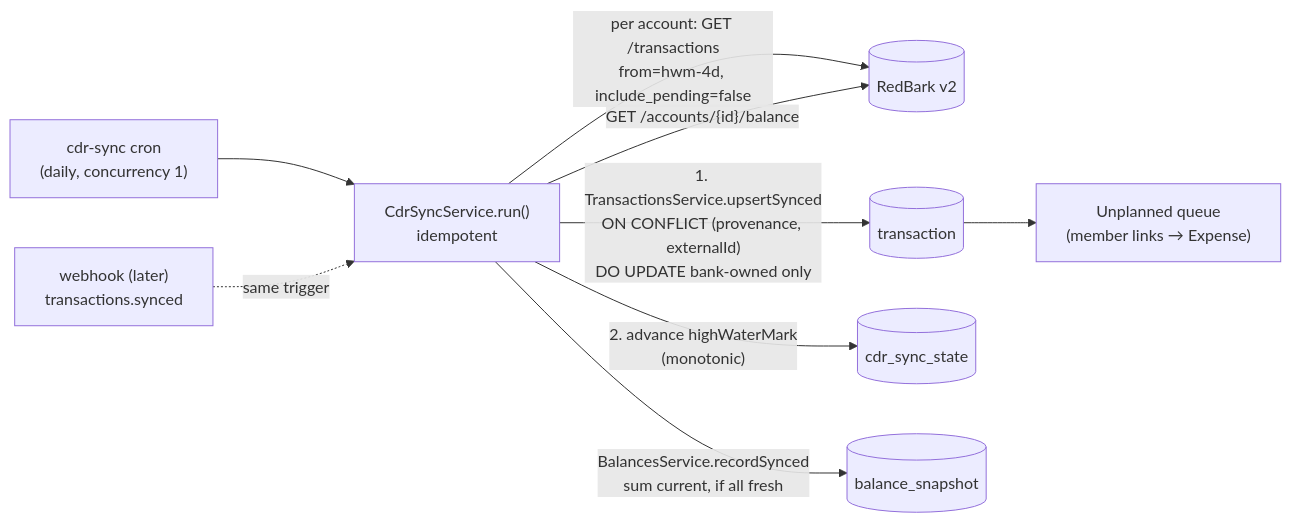
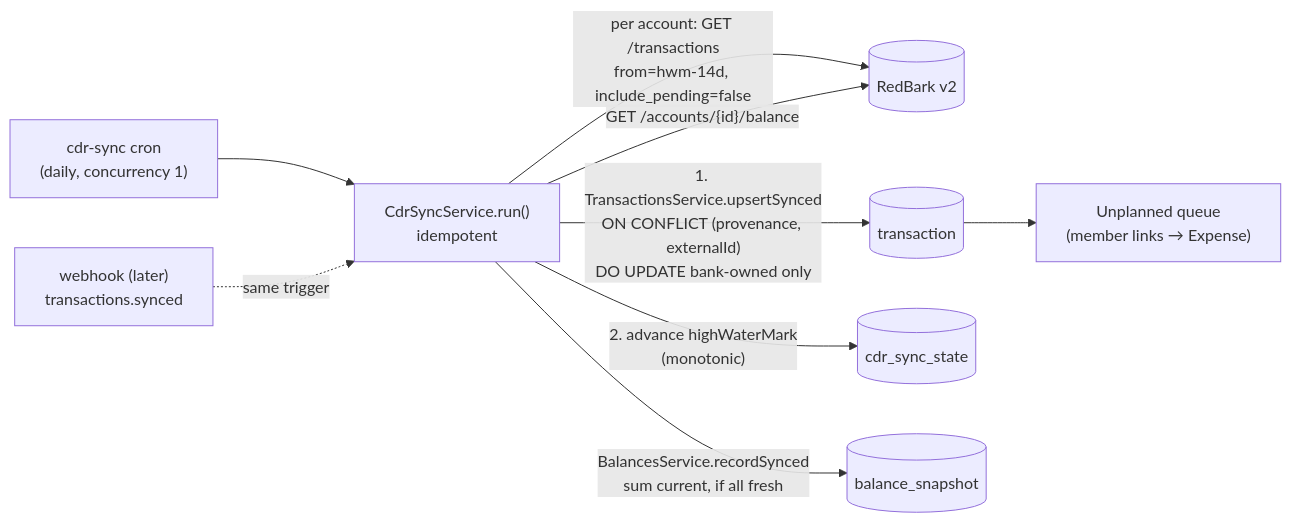
Before and after one commit to samjmarshall/personal-finance: the diagram in docs/adr/adr017-external-transaction-sync-via-cdr-redbark.md, drawn with Mermaid. The commit also changed other lines of this file and 3 other files, not shown here.

````diff
--- a/docs/adr/adr017-external-transaction-sync-via-cdr-redbark.md
+++ b/docs/adr/adr017-external-transaction-sync-via-cdr-redbark.md
@@ -99,11 +99,11 @@
 ```mermaid
 flowchart LR
   cron["cdr-sync cron<br/>(daily, concurrency 1)"] --> svc["CdrSyncService.run()<br/>idempotent"]
   wh["webhook (later)<br/>transactions.synced"] -. same trigger .-> svc
-  svc -->|"per account: GET /transactions<br/>from=hwm-4d, include_pending=false"| rb[("RedBark v2")]
+  svc -->|"per account: GET /transactions<br/>from=hwm-14d, include_pending=false"| rb[("RedBark v2")]
   svc -->|"GET /accounts/{id}/balance"| rb
   svc -->|"1. TransactionsService.upsertSynced<br/>ON CONFLICT (provenance, externalId)<br/>DO UPDATE bank-owned only"| tx[("transaction")]
   svc -->|"2. advance highWaterMark<br/>(monotonic)"| st[("cdr_sync_state")]
   svc -->|"BalancesService.recordSynced<br/>sum current, if all fresh"| bal[("balance_snapshot")]
   tx --> unplanned["Unplanned queue<br/>(member links → Expense)"]
 ```
````
